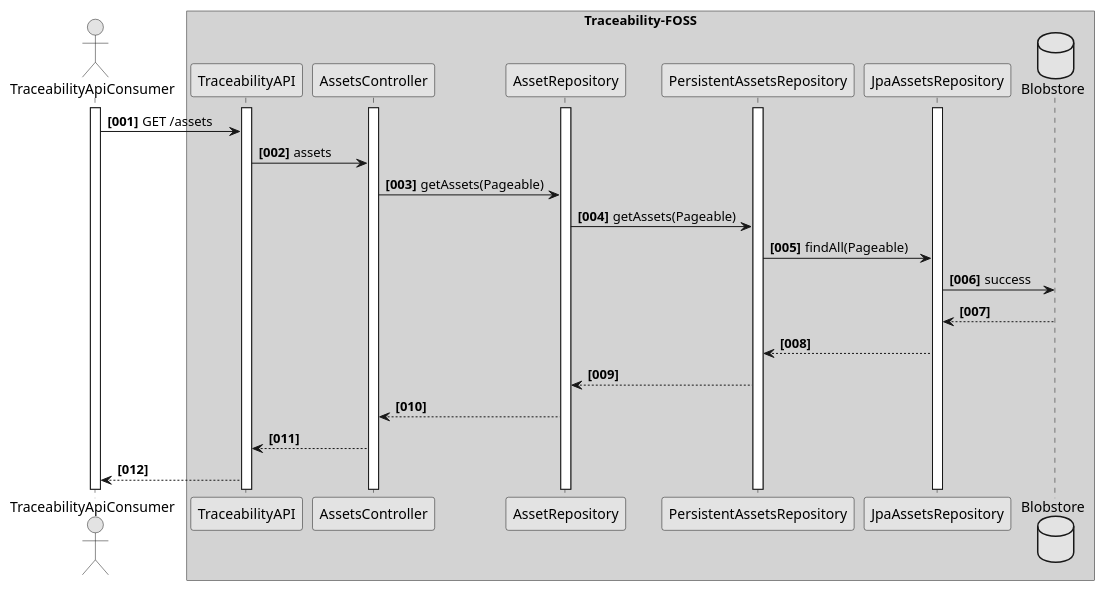
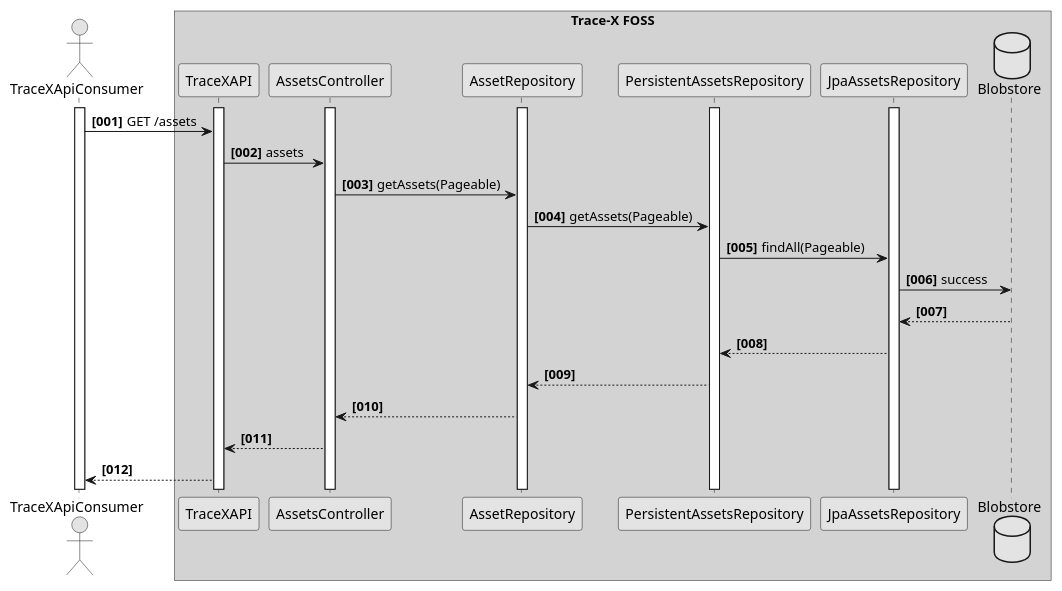
Before and after one commit to catenax-ng/tx-traceability-foss: the diagram in docs/src/uml-diagrams/runtime-view/return-all-assets.puml, drawn with PlantUML. The commit also changed 8 other files, not shown here.

```diff
--- a/docs/src/uml-diagrams/runtime-view/return-all-assets.puml
+++ b/docs/src/uml-diagrams/runtime-view/return-all-assets.puml
@@ -1,38 +1,37 @@
 @startuml
 skinparam monochrome true
 skinparam shadowing false
 autonumber "<b>[000]"
 
-actor TraceabilityApiConsumer
-activate TraceabilityApiConsumer
+actor TraceXApiConsumer
+activate TraceXApiConsumer
 
 
-box "Traceability-FOSS" #LightGrey
-participant TraceabilityAPI
-activate TraceabilityAPI
+box "Trace-X FOSS" #LightGrey
+participant TraceXAPI
+activate TraceXAPI
 participant AssetsController
 activate AssetsController
 participant AssetRepository
 activate AssetRepository
 participant PersistentAssetsRepository
 activate PersistentAssetsRepository
 participant JpaAssetsRepository
 activate JpaAssetsRepository
 database Blobstore
 
-TraceabilityApiConsumer -> TraceabilityAPI : GET /assets
-TraceabilityAPI -> AssetsController :  assets
+TraceXApiConsumer -> TraceXAPI : GET /assets
+TraceXAPI -> AssetsController :  assets
 AssetsController -> AssetRepository :  getAssets(Pageable)
 AssetRepository -> PersistentAssetsRepository: getAssets(Pageable)
 PersistentAssetsRepository -> JpaAssetsRepository: findAll(Pageable)
 JpaAssetsRepository -> Blobstore : success
 
 JpaAssetsRepository <-- Blobstore
 PersistentAssetsRepository <-- JpaAssetsRepository
 AssetRepository <-- PersistentAssetsRepository
 AssetsController <-- AssetRepository
-TraceabilityAPI <-- AssetsController
-TraceabilityApiConsumer <-- TraceabilityAPI
-
+TraceXAPI <-- AssetsController
+TraceXApiConsumer <-- TraceXAPI
 
 @enduml
```
